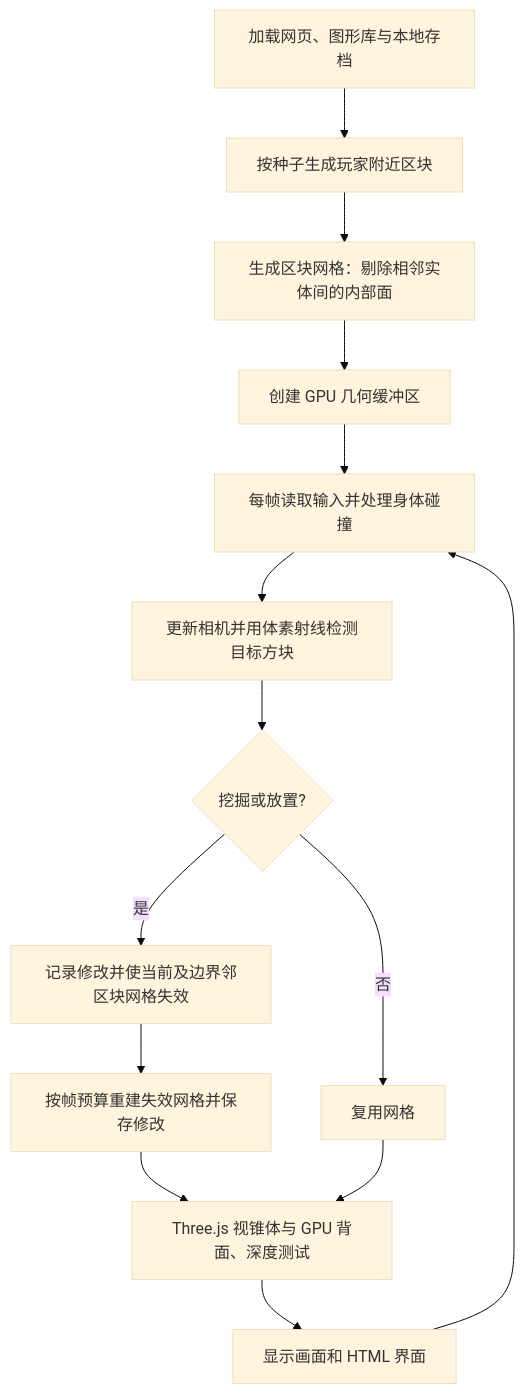
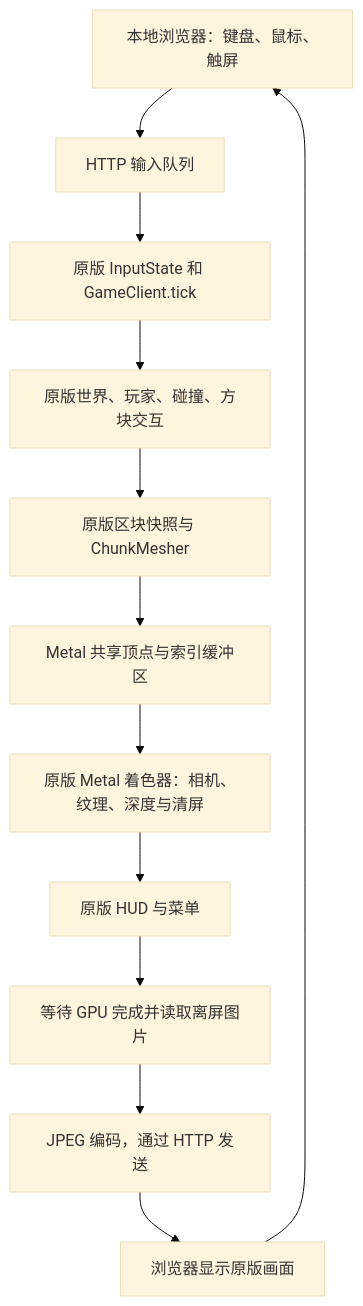
Before and after one commit to VeryBooter/voxelcraft_reconstructed2: the diagram in docs/WEB_CLIENT_CN.md, drawn with Mermaid (base theme). The commit also changed other lines of this file and 20 other files, not shown here.

````diff
--- a/docs/WEB_CLIENT_CN.md
+++ b/docs/WEB_CLIENT_CN.md
@@ -50,16 +36,14 @@
 ```mermaid
 flowchart TD
-    A[加载网页、图形库与本地存档] --> B[按种子生成玩家附近区块]
-    B --> C[生成区块网格：剔除相邻实体间的内部面]
-    C --> D[创建 GPU 几何缓冲区]
-    D --> E[每帧读取输入并处理身体碰撞]
-    E --> F[更新相机并用体素射线检测目标方块]
-    F --> G{挖掘或放置?}
-    G -->|是| H[记录修改并使当前及边界邻区块网格失效]
-    H --> I[按帧预算重建失效网格并保存修改]
-    G -->|否| J[复用网格]
-    I --> K[Three.js 视锥体与 GPU 背面、深度测试]
-    J --> K
-    K --> L[显示画面和 HTML 界面]
-    L --> E
+    A[本地浏览器：键盘、鼠标、触屏] --> B[HTTP 输入队列]
+    B --> C[原版 InputState 和 GameClient.tick]
+    C --> D[原版世界、玩家、碰撞、方块交互]
+    D --> E[原版区块快照与 ChunkMesher]
+    E --> F[Metal 共享顶点与索引缓冲区]
+    F --> G[原版 Metal 着色器：相机、纹理、深度与清屏]
+    G --> H[原版 HUD 与菜单]
+    H --> I[等待 GPU 完成并读取离屏图片]
+    I --> J[JPEG 编码，通过 HTTP 发送]
+    J --> K[浏览器显示原版画面]
+    K --> A
 ```
````
